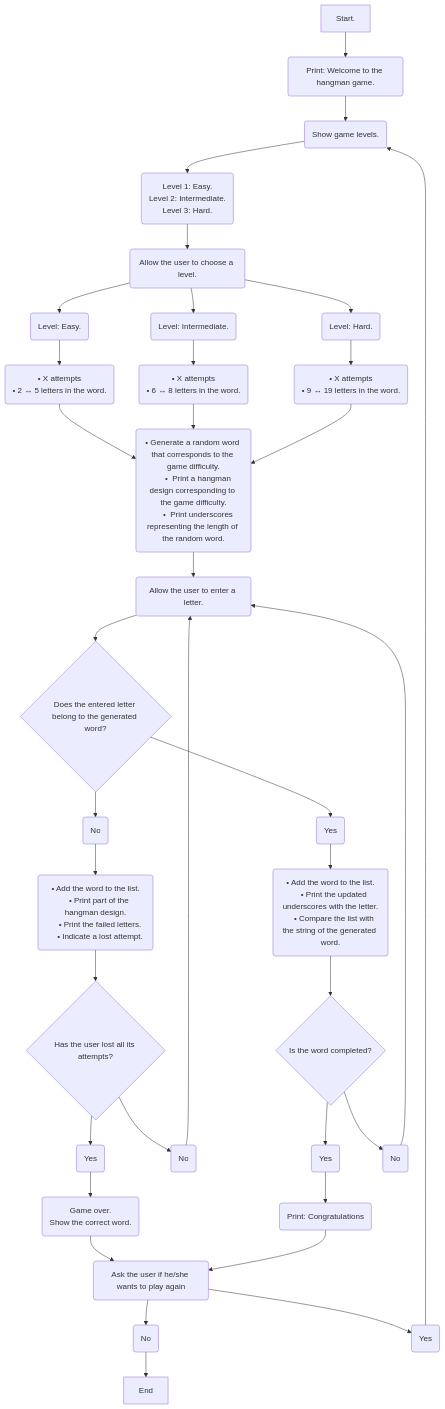
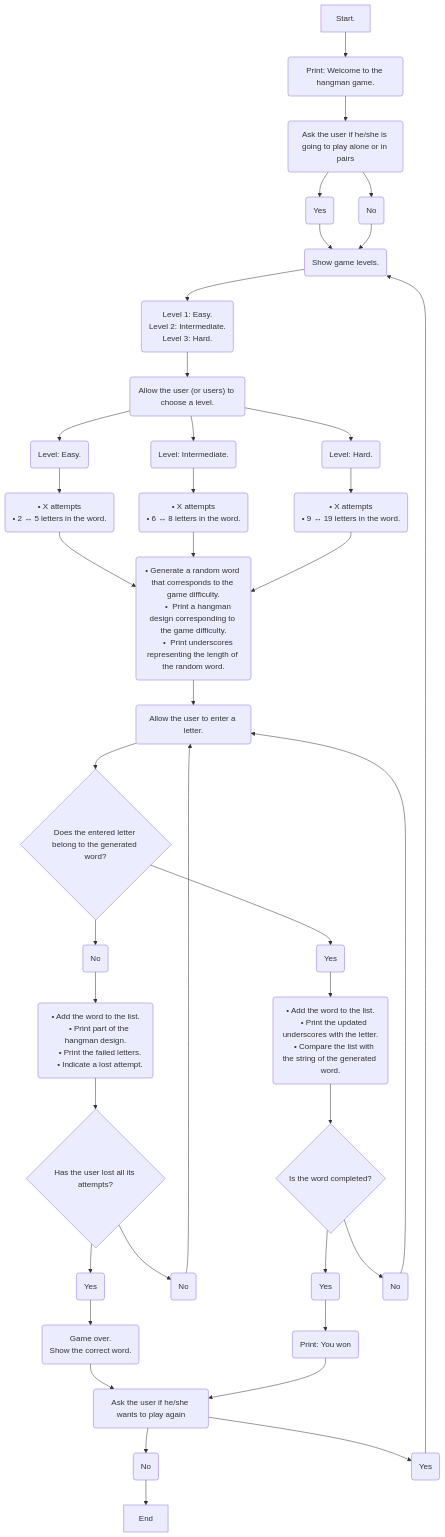
One commit to JanaRubiano/Hangman_Game changed the diagram in README.md. Above: the diagram before and after it, drawn with Mermaid. The commit also changed other lines of this file, not shown here.

````diff
--- a/README.md
+++ b/README.md
@@ -33,43 +34,47 @@
 ```mermaid
 flowchart TD
-    A[Start.] -->B(Print: Welcome to the hangman game.) -->C(Show game levels.)
+    A[Start.] -->B(Print: Welcome to the hangman game.) 
+    -->y(Ask the user if he/she is going to play alone or in pairs)
+    y -->e(Yes) --> C
+    y --> r(No)
+    -->C(Show game levels.)
     --> D("Level 1: Easy.
     Level 2: Intermediate.
     Level 3: Hard.")
-    --> E(Allow the user to choose a level.)
+    --> E("Allow the user (or users) to choose a level.")
     E --> F(Level: Easy.) --> I(" • X attempts
     • 2 ↔ 5 letters in the word.
     ") -->L
     E --> G(Level: Intermediate.) --> J(" •  X attempts
     • 6 ↔ 8 letters in the word.
     ") -->L
     E --> H(Level: Hard.) --> K(" •  X attempts
     •  9 ↔ 19 letters in the word.
     ") 
     --> L(" • Generate a random word that corresponds to the game difficulty.
      •  Print a hangman design corresponding to the game difficulty.
      •  Print underscores representing the length of the random word.
     ") 
     --> W(Allow the user to enter a letter.)
     --> R{Does the entered letter belong to the generated word?}
     R -->n(No) --> q("• Add the word to the list.
     • Print part of the hangman design.
     • Print the failed letters.
     • Indicate a lost attempt.
     ") -->u{Has the user lost all its attempts?}
     u -->o(Yes) -->S("Game over. 
     Show the correct word. 
     ") --> P
     u--> t(No) --> W
     
     R -->Y(Yes) --> T(" • Add the word to the list.
     • Print the updated underscores with the letter.
     • Compare the list with the string of the generated word.
     ") -->U{Is the word completed?} 
-    U -->O(Yes) --> k(Print: Congratulations)
+    U -->O(Yes) --> k(Print: You won)
     --> P(Ask the user if he/she wants to play again)
     P --> b(No) --> w[End]
     P--> a(Yes) -->C
     U --> i(No) -->W
    
 ```
````
